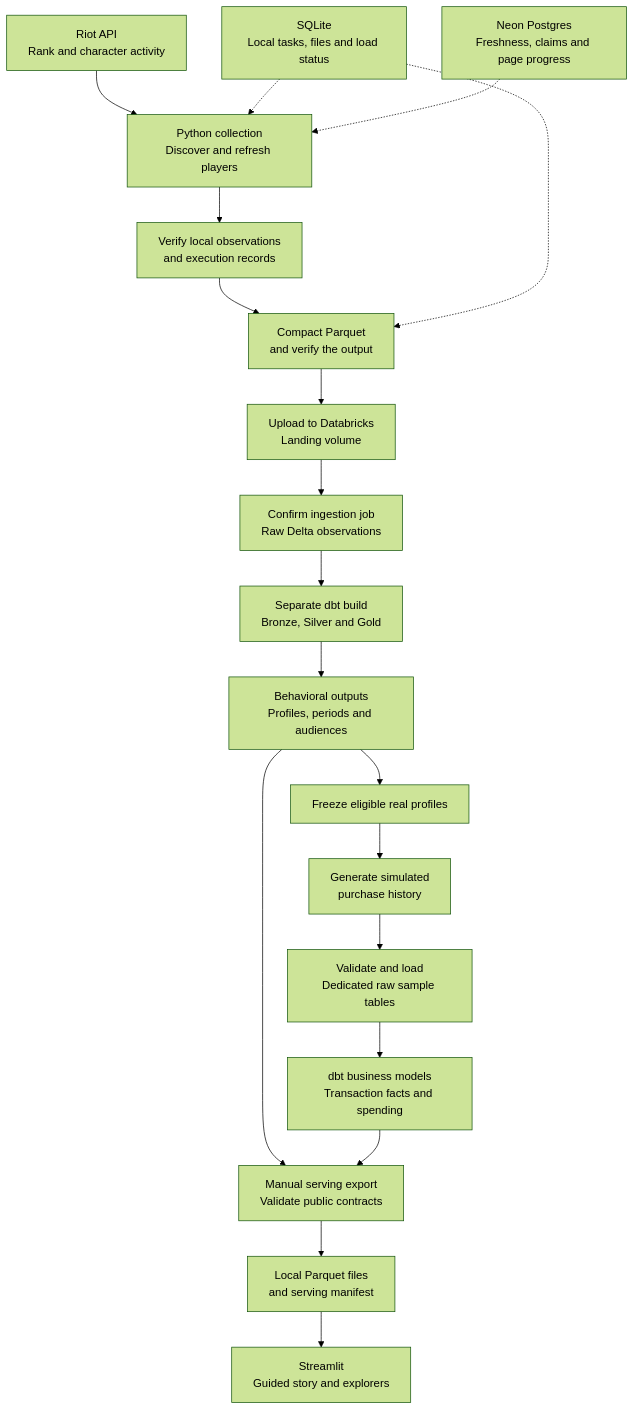
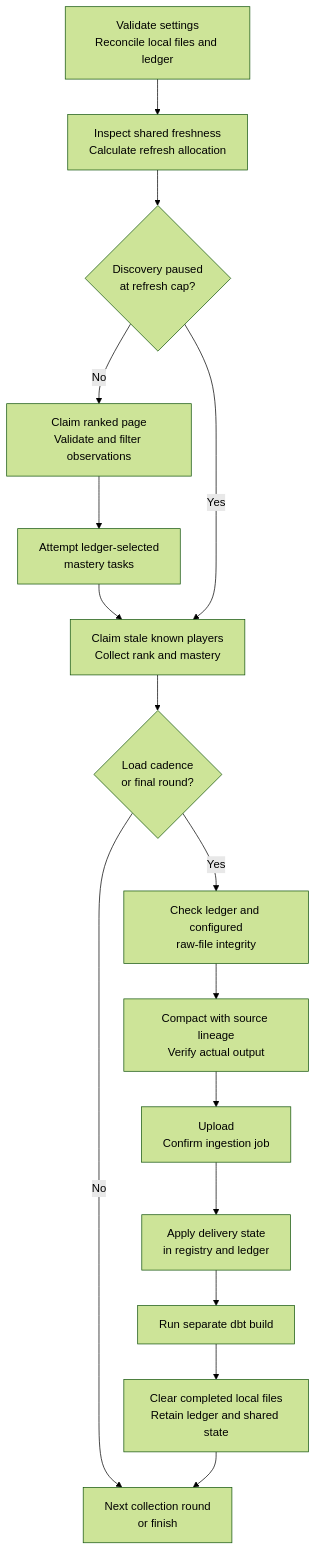
One commit to Pedro-Iaki/league-specialization-etl changed the diagram in docs/wiki/architecture.md. Above: the diagram before and after it, drawn with Mermaid (forest theme). The commit also changed other lines of this file and 4 other files, not shown here.

Commit message:
Clarify project architecture and operating documentation

````diff
--- a/docs/wiki/architecture.md
+++ b/docs/wiki/architecture.md
@@ -11,23 +27,18 @@
 ```mermaid
 flowchart TB
-    api["Riot API<br/>Rank and character activity"] --> collect["Python collection<br/>Discover and refresh players"]
-    collect --> verify["Verify local observations<br/>and execution records"]
-    verify --> compact["Compact Parquet<br/>and verify the output"]
-    compact --> landing["Upload to Databricks<br/>Landing volume"]
-    landing --> ingestion["Confirm ingestion job<br/>Raw Delta observations"]
-    ingestion --> transform["Separate dbt build<br/>Bronze, Silver and Gold"]
-    transform --> audience["Behavioral outputs<br/>Profiles, periods and audiences"]
-    audience --> export["Manual serving export<br/>Validate public contracts"]
-    export --> snapshots["Local Parquet files<br/>and serving manifest"]
-    snapshots --> app["Streamlit<br/>Guided story and explorers"]
-
-    ledger["SQLite<br/>Local tasks, files and load status"] -.-> collect
-    ledger -.-> compact
-    registry["Neon Postgres<br/>Freshness, claims and page progress"] -.-> collect
-
-    audience --> freeze["Freeze eligible real profiles"]
-    freeze --> generate["Generate simulated<br/>purchase history"]
-    generate --> sample["Validate and load<br/>Dedicated raw sample tables"]
-    sample --> business["dbt business models<br/>Transaction facts and spending"]
-    business --> export
+    startup["Validate settings<br/>Reconcile local files and ledger"] --> pressure["Inspect shared freshness<br/>Calculate refresh allocation"]
+    pressure --> paused{"Discovery paused<br/>at refresh cap?"}
+    paused -->|No| discovery["Claim ranked page<br/>Validate and filter observations"]
+    discovery --> mastery["Attempt ledger-selected<br/>mastery tasks"]
+    mastery --> refresh["Claim stale known players<br/>Collect rank and mastery"]
+    paused -->|Yes| refresh
+    refresh --> due{"Load cadence<br/>or final round?"}
+    due -->|No| next["Next collection round<br/>or finish"]
+    due -->|Yes| inputs["Check ledger and configured<br/>raw-file integrity"]
+    inputs --> compact["Compact with source lineage<br/>Verify actual output"]
+    compact --> delivery["Upload<br/>Confirm ingestion job"]
+    delivery --> state["Apply delivery state<br/>in registry and ledger"]
+    state --> build["Run separate dbt build"]
+    build --> cleanup["Clear completed local files<br/>Retain ledger and shared state"]
+    cleanup --> next
 ```
````
